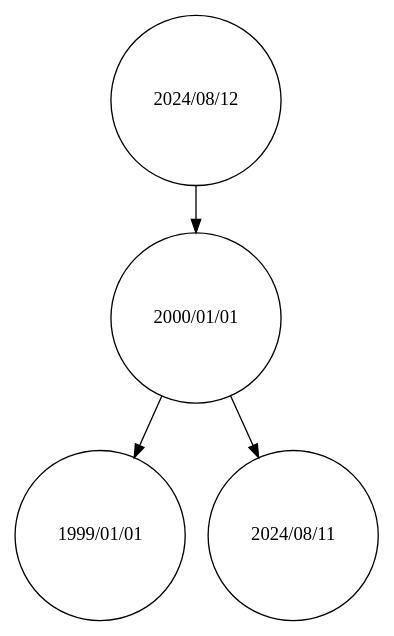
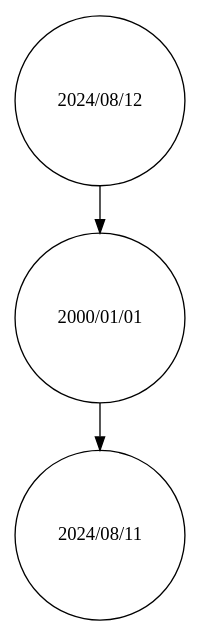
The diagram in Fase2/main/build/Desktop_Qt_6_7_2_MinGW_64_bit-Debug/ArbolBB.dot (Kevin-alvarez1/PROYECTO_MULTIFASES_RED_SOCIAL), drawn with Graphviz before and after one commit. The commit also changed 30 other files, not shown here.

```diff
--- a/Fase2/main/build/Desktop_Qt_6_7_2_MinGW_64_bit-Debug/ArbolBB.dot
+++ b/Fase2/main/build/Desktop_Qt_6_7_2_MinGW_64_bit-Debug/ArbolBB.dot
@@ -1,6 +1,5 @@
 digraph BSTTree {
 node [shape=circle];
 "2024/08/12" -> "2000/01/01";
-"2000/01/01" -> "1999/01/01";
 "2000/01/01" -> "2024/08/11";
 }
```
